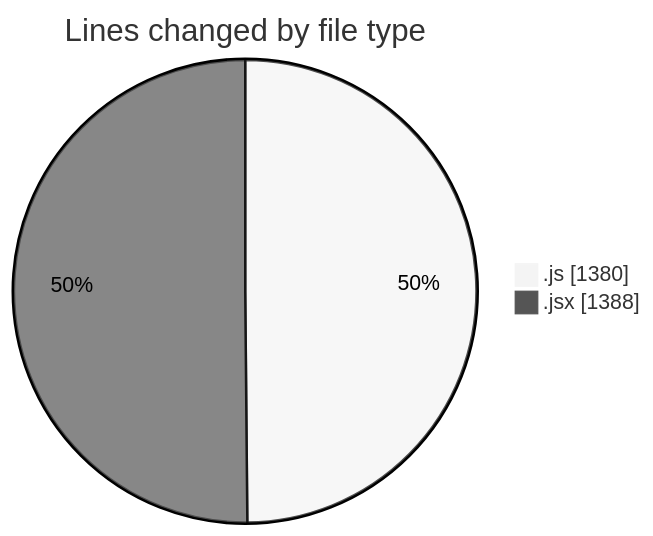
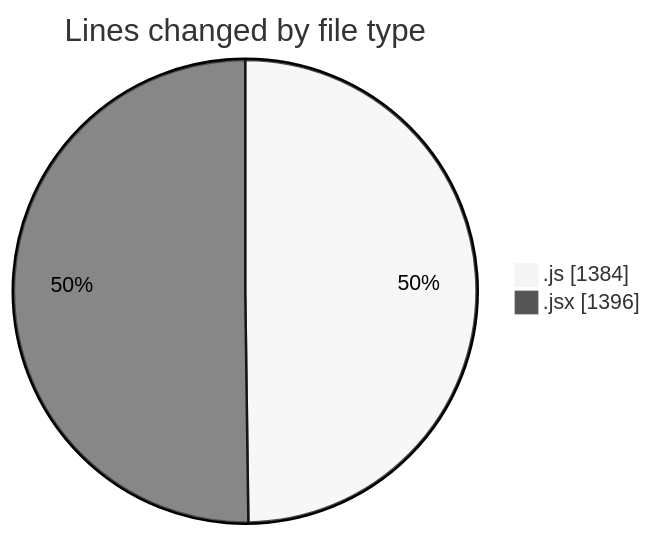
The first of 2 diagrams in 2025-07-29/nxtqube_webapp/README.md (nxtqubesakshisongat/code-tracking), drawn with Mermaid (neutral theme) before and after one commit. The commit also changed other lines of this file and 1 other file, not shown here.

````diff
--- a/2025-07-29/nxtqube_webapp/README.md
+++ b/2025-07-29/nxtqube_webapp/README.md
@@ -27,6 +27,6 @@
 ```mermaid
 pie showData
 title Lines changed by file type
-".js" : 1380
-".jsx" : 1388
+".js" : 1384
+".jsx" : 1396
 ```
````
